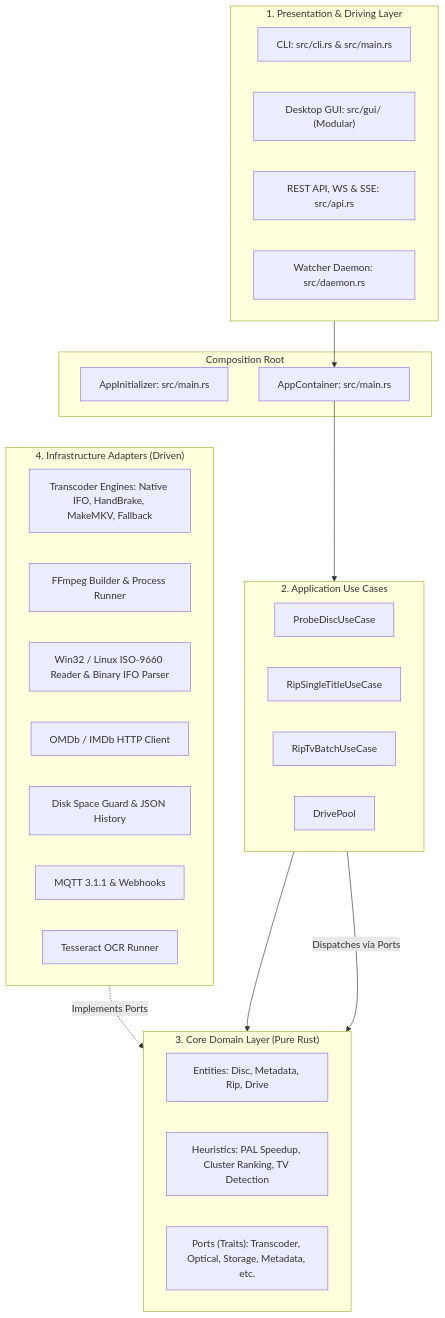
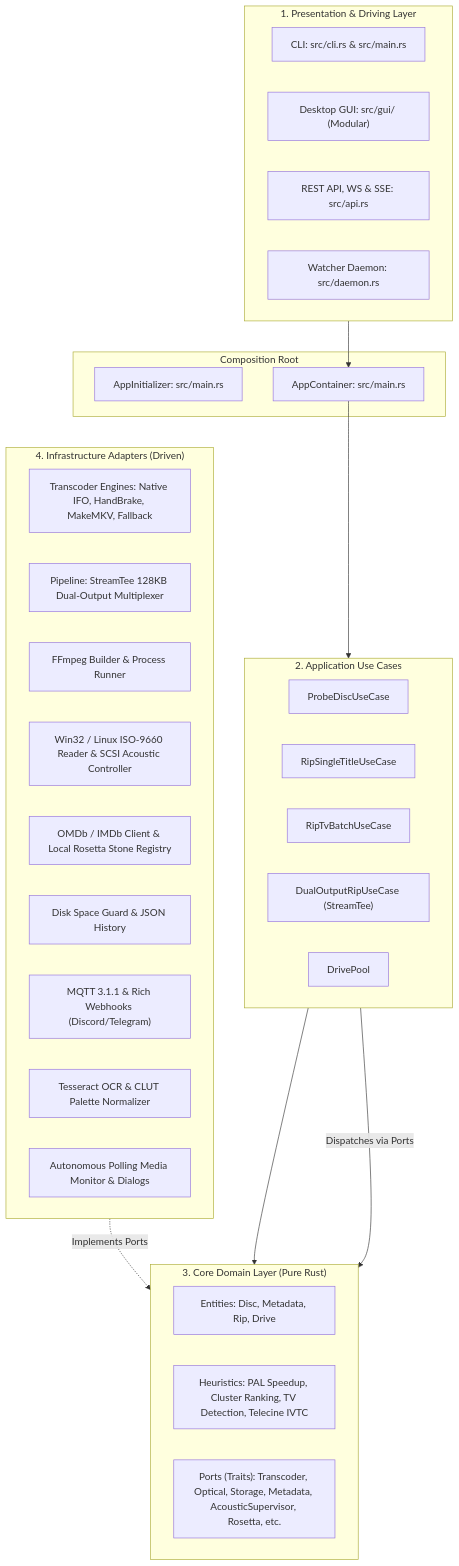
The diagram in docs/ARCHITECTURE.md (clockworkengineer/dvd-ripper), drawn with Mermaid before and after one commit. The commit also changed 15 other files, not shown here.

````diff
--- a/docs/ARCHITECTURE.md
+++ b/docs/ARCHITECTURE.md
@@ -24,43 +24,46 @@
 ```mermaid
 graph TD
     subgraph UI_and_Presentation ["1. Presentation & Driving Layer"]
         CLI["CLI: src/cli.rs & src/main.rs"]
         GUI["Desktop GUI: src/gui/ (Modular)"]
         API["REST API, WS & SSE: src/api.rs"]
         Daemon["Watcher Daemon: src/daemon.rs"]
     end
 
     subgraph Composition_Root ["Composition Root"]
         AppInit["AppInitializer: src/main.rs"]
         AppContainer["AppContainer: src/main.rs"]
     end
 
     subgraph Application_Layer ["2. Application Use Cases"]
         ProbeDisc["ProbeDiscUseCase"]
         RipSingle["RipSingleTitleUseCase"]
         RipBatch["RipTvBatchUseCase"]
+        DualOutput["DualOutputRipUseCase (StreamTee)"]
         DrivePool["DrivePool"]
     end
 
     subgraph Domain_Layer ["3. Core Domain Layer (Pure Rust)"]
         Entities["Entities: Disc, Metadata, Rip, Drive"]
-        Heuristics["Heuristics: PAL Speedup, Cluster Ranking, TV Detection"]
-        Ports["Ports (Traits): Transcoder, Optical, Storage, Metadata, etc."]
+        Heuristics["Heuristics: PAL Speedup, Cluster Ranking, TV Detection, Telecine IVTC"]
+        Ports["Ports (Traits): Transcoder, Optical, Storage, Metadata, AcousticSupervisor, Rosetta, etc."]
     end
 
     subgraph Infrastructure_Layer ["4. Infrastructure Adapters (Driven)"]
         EnginesInfra["Transcoder Engines: Native IFO, HandBrake, MakeMKV, Fallback"]
+        PipelineInfra["Pipeline: StreamTee 128KB Dual-Output Multiplexer"]
         FFmpegInfra["FFmpeg Builder & Process Runner"]
-        OpticalInfra["Win32 / Linux ISO-9660 Reader & Binary IFO Parser"]
-        MetadataInfra["OMDb / IMDb HTTP Client"]
+        OpticalInfra["Win32 / Linux ISO-9660 Reader & SCSI Acoustic Controller"]
+        MetadataInfra["OMDb / IMDb Client & Local Rosetta Stone Registry"]
         StorageInfra["Disk Space Guard & JSON History"]
-        NotifyInfra["MQTT 3.1.1 & Webhooks"]
-        OCRInfra["Tesseract OCR Runner"]
+        NotifyInfra["MQTT 3.1.1 & Rich Webhooks (Discord/Telegram)"]
+        OCRInfra["Tesseract OCR & CLUT Palette Normalizer"]
+        SystemInfra["Autonomous Polling Media Monitor & Dialogs"]
     end
 
     UI_and_Presentation --> AppContainer
     AppContainer --> Application_Layer
     Application_Layer --> Domain_Layer
     Infrastructure_Layer -.->|Implements Ports| Domain_Layer
     Application_Layer -->|Dispatches via Ports| Domain_Layer
 ```
````
